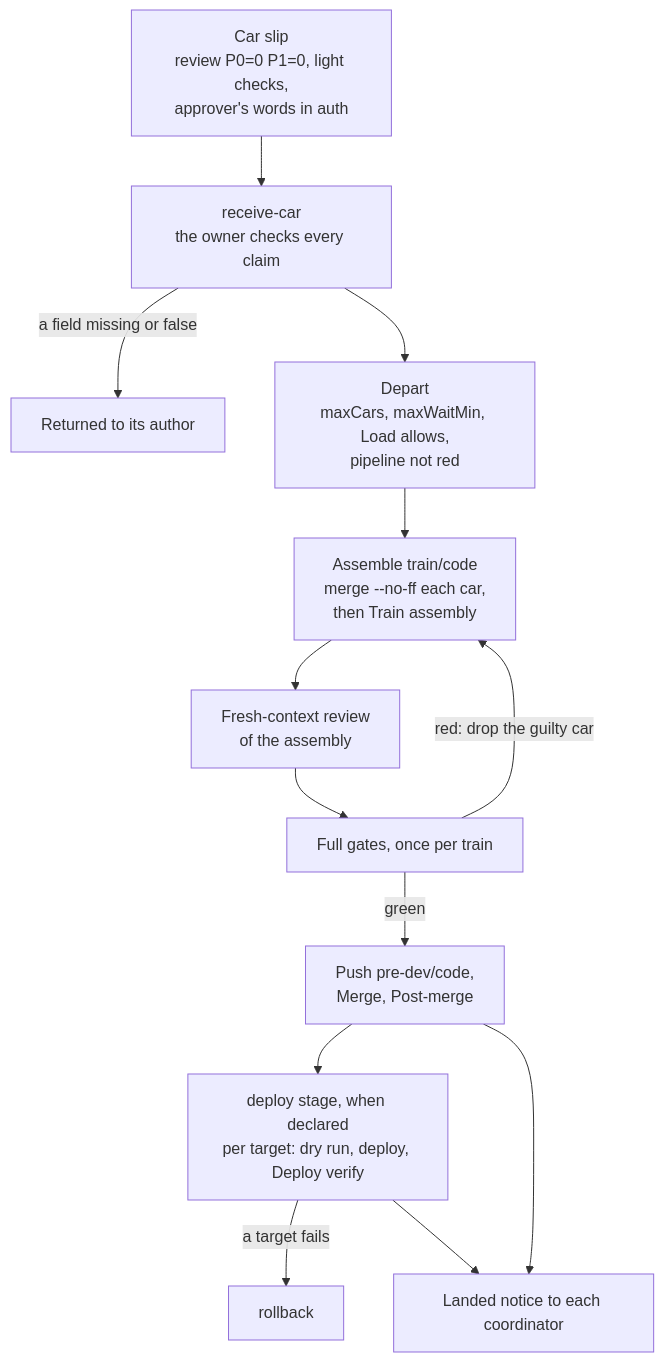
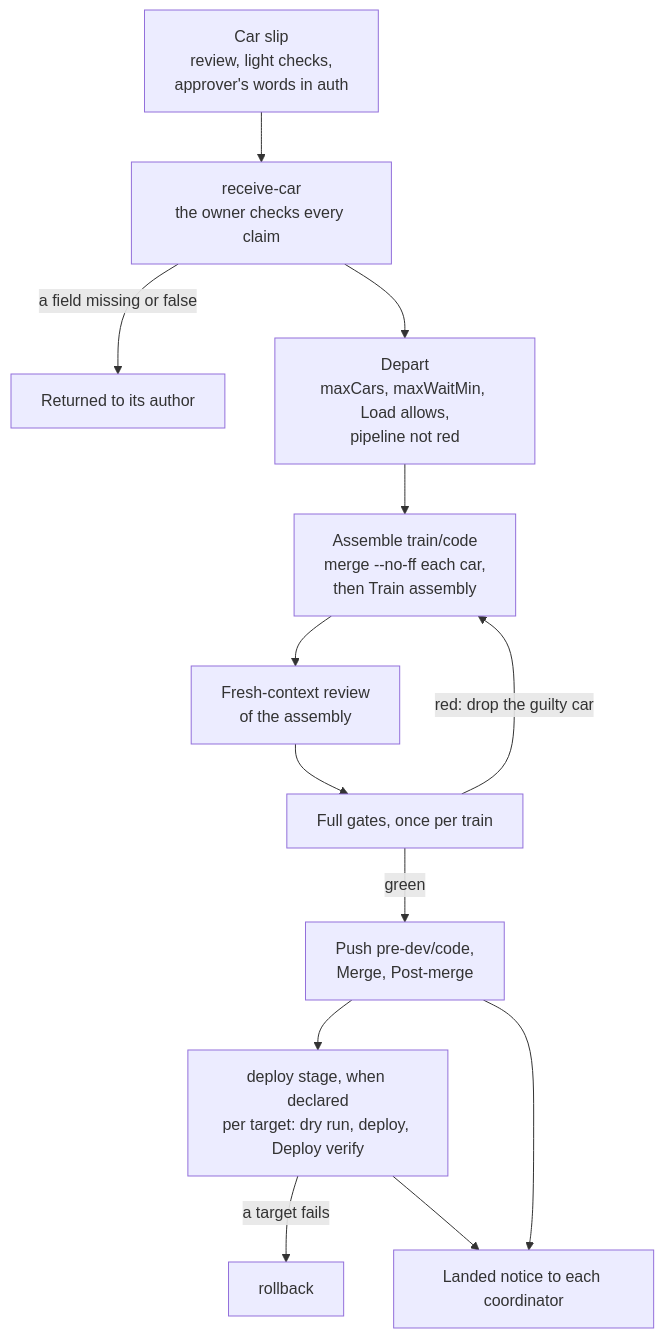
Before and after one commit to wayne930242/anchorloop: the diagram in site/src/content/docs/guide/merge-train.md, drawn with Mermaid. The commit also changed other lines of this file and 16 other files, not shown here.

Commit message:
feat: defer test-only car review and accept any reviewer model; release 3.3.0

````diff
--- a/site/src/content/docs/guide/merge-train.md
+++ b/site/src/content/docs/guide/merge-train.md
@@ -14,15 +14,15 @@
 ```mermaid
 flowchart TD
-  slip["Car slip<br/>review P0=0 P1=0, light checks,<br/>approver's words in auth"] --> recv["receive-car<br/>the owner checks every claim"]
+  slip["Car slip<br/>review, light checks,<br/>approver's words in auth"] --> recv["receive-car<br/>the owner checks every claim"]
   recv -->|"a field missing or false"| back["Returned to its author"]
   recv --> depart["Depart<br/>maxCars, maxWaitMin, Load allows,<br/>pipeline not red"]
   depart --> assemble["Assemble train/code<br/>merge --no-ff each car,<br/>then Train assembly"]
   assemble --> review["Fresh-context review<br/>of the assembly"]
   review --> gates["Full gates, once per train"]
   gates -->|"red: drop the guilty car"| assemble
   gates -->|"green"| merge["Push pre-dev/code,<br/>Merge, Post-merge"]
   merge --> deploy["deploy stage, when declared<br/>per target: dry run, deploy, Deploy verify"]
   deploy -->|"a target fails"| rollback["rollback"]
   merge --> landed["Landed notice to each coordinator"]
   deploy --> landed
 ```
````
